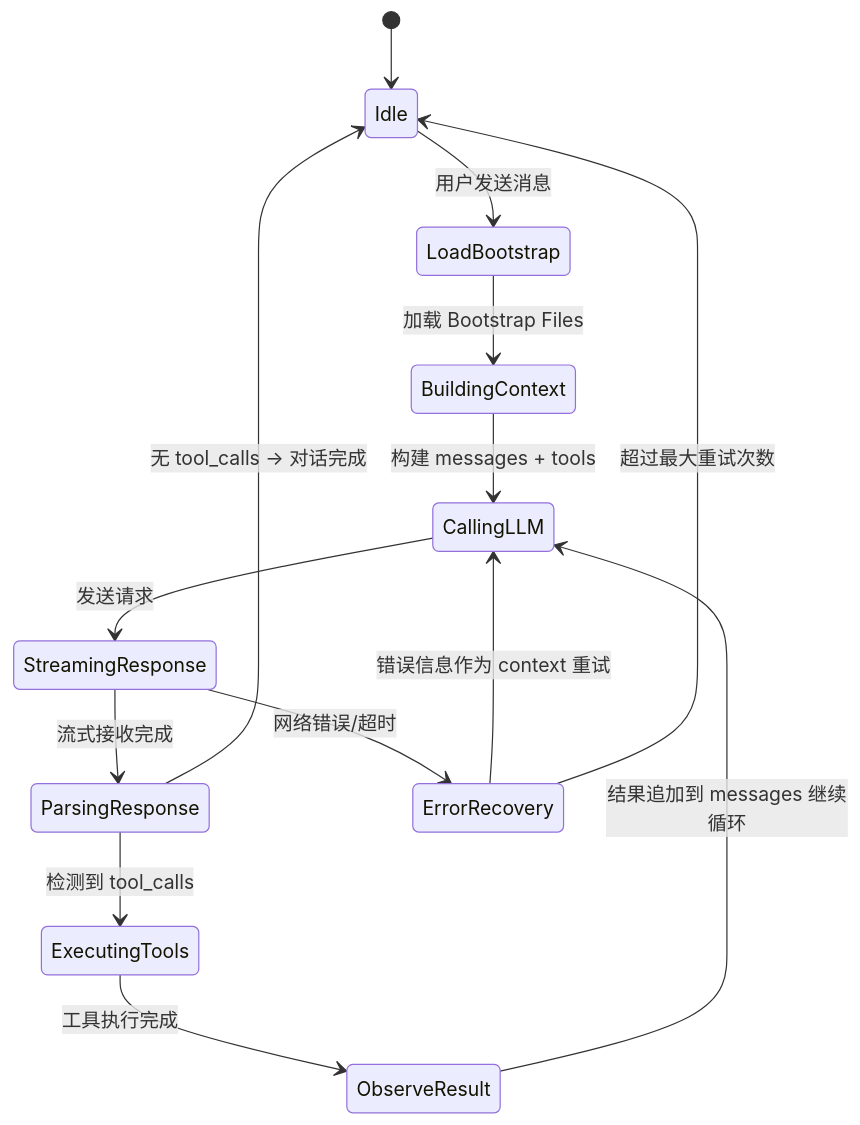
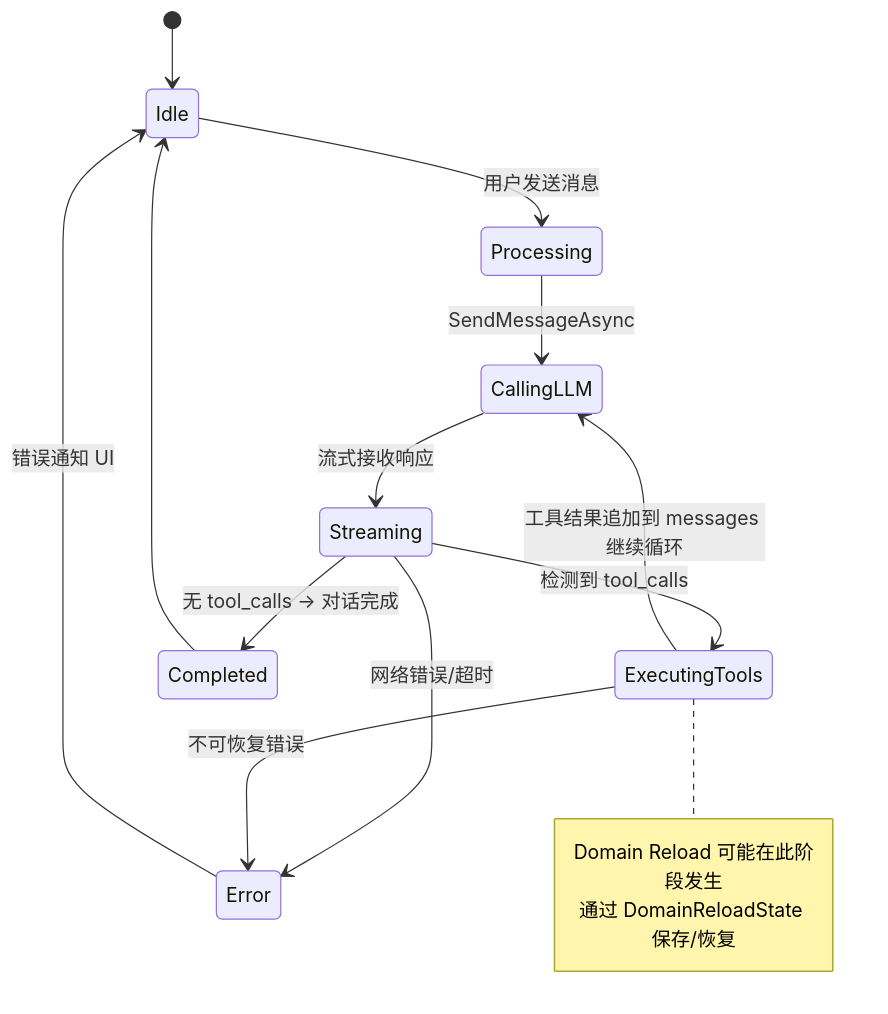
The third of 8 diagrams in plans/ARCHITECTURE.md (BakaAkari/AgentCore-Unity), drawn with Mermaid before and after one commit. The commit also changed other lines of this file and 4 other files, not shown here.

````diff
--- a/plans/ARCHITECTURE.md
+++ b/plans/ARCHITECTURE.md
@@ -254,17 +293,20 @@
 ```mermaid
 stateDiagram-v2
     [*] --> Idle
-    Idle --> LoadBootstrap: 用户发送消息
-    LoadBootstrap --> BuildingContext: 加载 Bootstrap Files
-    BuildingContext --> CallingLLM: 构建 messages + tools
-    CallingLLM --> StreamingResponse: 发送请求
-    StreamingResponse --> ParsingResponse: 流式接收完成
-    ParsingResponse --> ExecutingTools: 检测到 tool_calls
-    ParsingResponse --> Idle: 无 tool_calls → 对话完成
-    ExecutingTools --> ObserveResult: 工具执行完成
-    ObserveResult --> CallingLLM: 结果追加到 messages 继续循环
+    Idle --> Processing: 用户发送消息
+    Processing --> CallingLLM: SendMessageAsync
+    CallingLLM --> Streaming: 流式接收响应
+    Streaming --> ExecutingTools: 检测到 tool_calls
+    Streaming --> Completed: 无 tool_calls → 对话完成
+    ExecutingTools --> CallingLLM: 工具结果追加到 messages 继续循环
     
-    StreamingResponse --> ErrorRecovery: 网络错误/超时
-    ErrorRecovery --> CallingLLM: 错误信息作为 context 重试
-    ErrorRecovery --> Idle: 超过最大重试次数
+    Streaming --> Error: 网络错误/超时
+    ExecutingTools --> Error: 不可恢复错误
+    Error --> Idle: 错误通知 UI
+    Completed --> Idle
+    
+    note right of ExecutingTools
+        Domain Reload 可能在此阶段发生
+        通过 DomainReloadState 保存/恢复
+    end note
 ```
````
